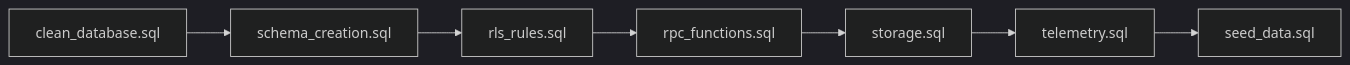
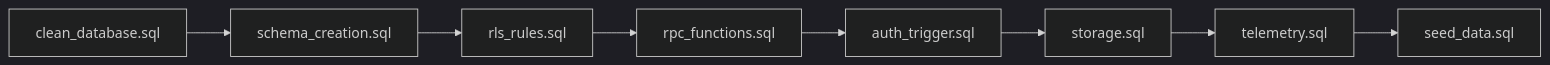
The first of 6 diagrams in sql/README.md (jdgutierrezr/ISIS3510-Moviles-Group32), drawn with Mermaid (dark theme) before and after one commit. The commit also changed other lines of this file and 5 other files, not shown here.

````diff
--- a/sql/README.md
+++ b/sql/README.md
@@ -24,9 +25,10 @@
 ```mermaid
 flowchart LR
     A[clean_database.sql] --> B[schema_creation.sql]
     B --> C[rls_rules.sql]
     C --> D[rpc_functions.sql]
-    D --> E[storage.sql]
+    D --> T[auth_trigger.sql]
+    T --> E[storage.sql]
     E --> F[telemetry.sql]
     F --> G[seed_data.sql]
 ```
````
